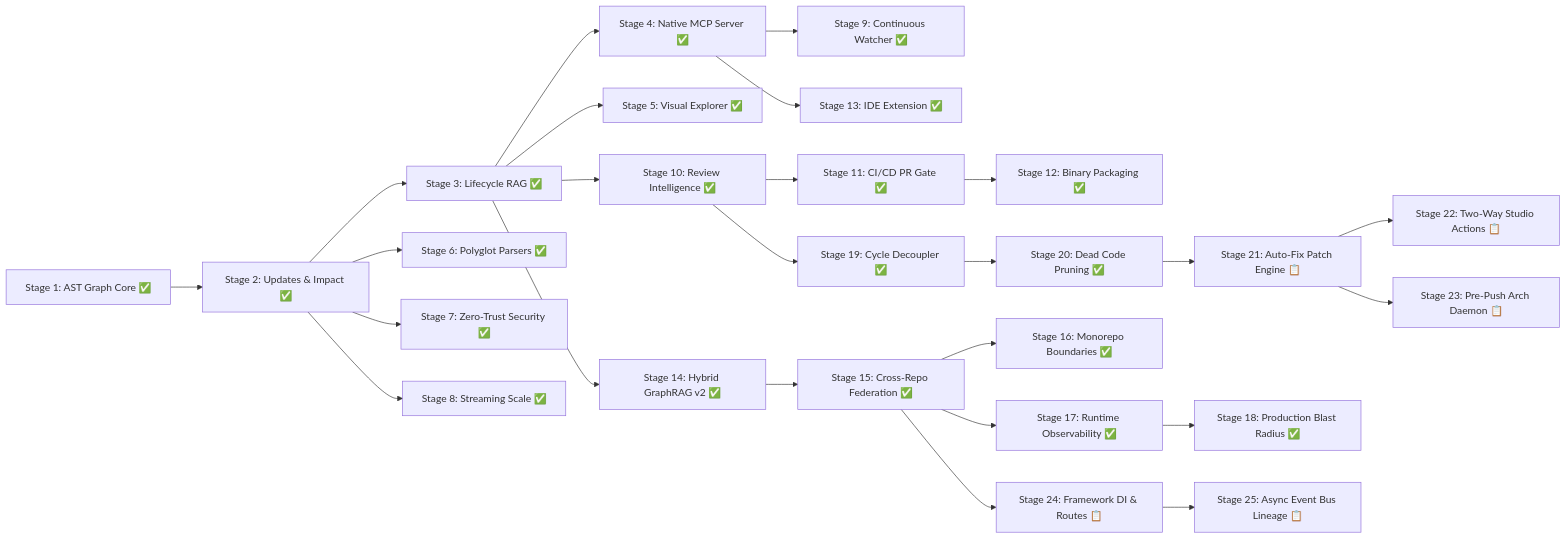
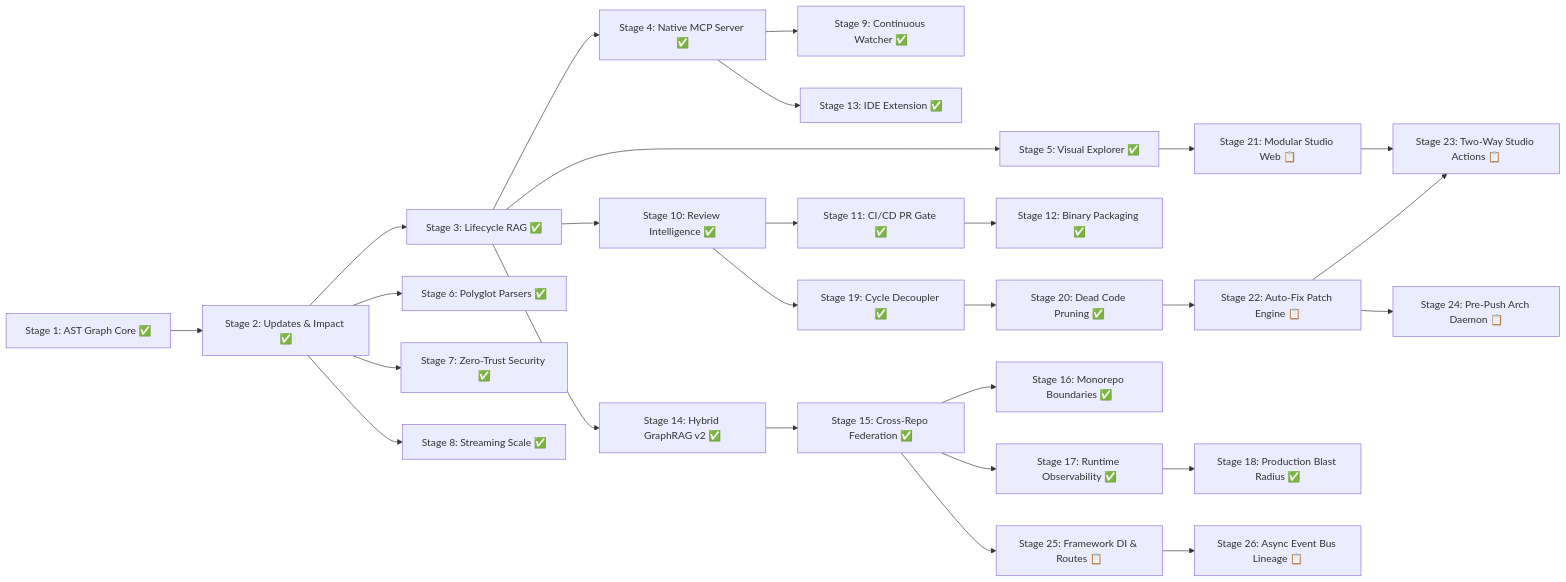
One commit to sky2464/Agtoosa2 changed the diagram in docs/Master-Plan.md. Above: the diagram before and after it, drawn with Mermaid. The commit also changed other lines of this file and 13 other files, not shown here.

Commit message:
feat: add interactive web-based graph visualizer interface and view modules

````diff
--- a/docs/Master-Plan.md
+++ b/docs/Master-Plan.md
@@ -68,27 +69,29 @@
 ```mermaid
 flowchart LR
     S1[Stage 1: AST Graph Core ✅] --> S2[Stage 2: Updates & Impact ✅]
     S2 --> S3[Stage 3: Lifecycle RAG ✅]
     S2 --> S6[Stage 6: Polyglot Parsers ✅]
     S2 --> S7[Stage 7: Zero-Trust Security ✅]
     S2 --> S8[Stage 8: Streaming Scale ✅]
     S3 --> S4[Stage 4: Native MCP Server ✅]
     S3 --> S5[Stage 5: Visual Explorer ✅]
     S4 --> S9[Stage 9: Continuous Watcher ✅]
     S3 --> S10[Stage 10: Review Intelligence ✅]
     S10 --> S11[Stage 11: CI/CD PR Gate ✅]
     S11 --> S12[Stage 12: Binary Packaging ✅]
     S4 --> S13[Stage 13: IDE Extension ✅]
     S3 --> S14[Stage 14: Hybrid GraphRAG v2 ✅]
     S14 --> S15[Stage 15: Cross-Repo Federation ✅]
     S15 --> S16[Stage 16: Monorepo Boundaries ✅]
     S15 --> S17[Stage 17: Runtime Observability ✅]
     S17 --> S18[Stage 18: Production Blast Radius ✅]
     S10 --> S19[Stage 19: Cycle Decoupler ✅]
     S19 --> S20[Stage 20: Dead Code Pruning ✅]
-    S20 --> S21[Stage 21: Auto-Fix Patch Engine 📋]
-    S21 --> S22[Stage 22: Two-Way Studio Actions 📋]
-    S21 --> S23[Stage 23: Pre-Push Arch Daemon 📋]
-    S15 --> S24[Stage 24: Framework DI & Routes 📋]
-    S24 --> S25[Stage 25: Async Event Bus Lineage 📋]
+    S5 --> S21[Stage 21: Modular Studio Web 📋]
+    S20 --> S22[Stage 22: Auto-Fix Patch Engine 📋]
+    S21 --> S23[Stage 23: Two-Way Studio Actions 📋]
+    S22 --> S23
+    S22 --> S24[Stage 24: Pre-Push Arch Daemon 📋]
+    S15 --> S25[Stage 25: Framework DI & Routes 📋]
+    S25 --> S26[Stage 26: Async Event Bus Lineage 📋]
 ```
````
